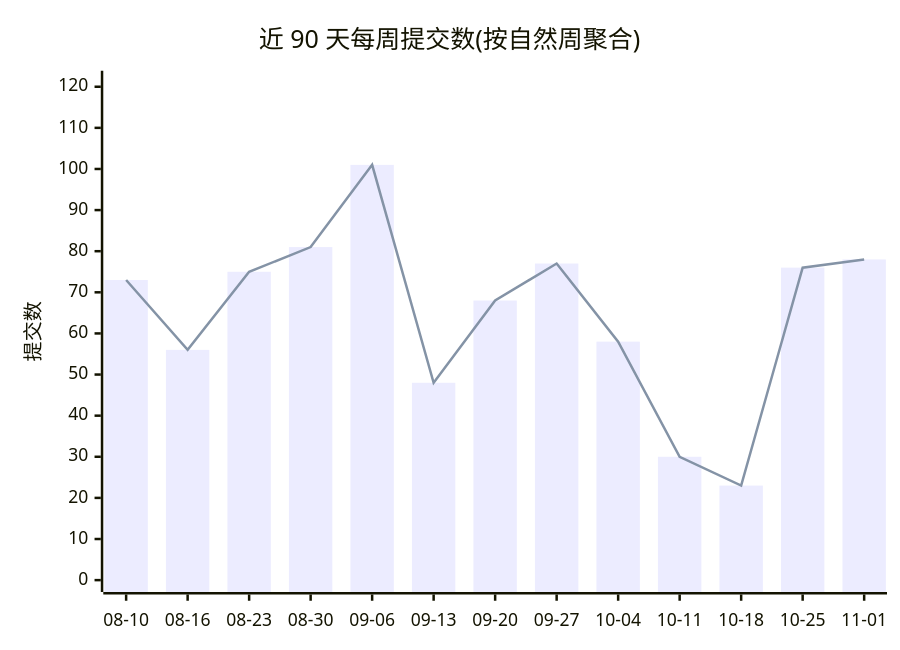
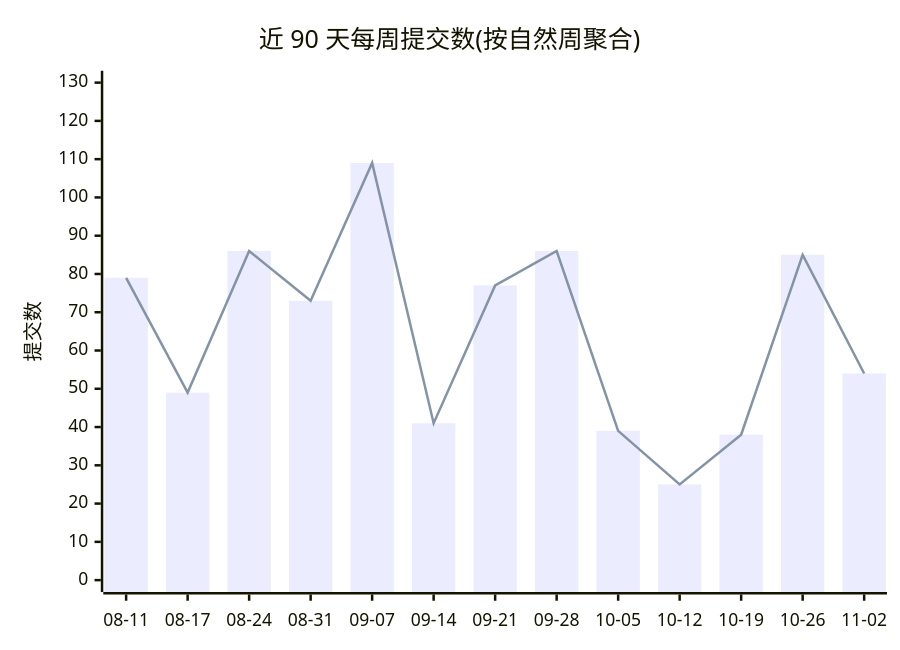
One commit to Conflux-Union/.github changed the first of 2 diagrams in profile/README.md. Above: the diagram before and after it, drawn with Mermaid. The commit also changed other lines of this file and 1 other file, not shown here.

````diff
--- a/profile/README.md
+++ b/profile/README.md
@@ -47,8 +47,8 @@
 ```mermaid
 xychart-beta
     title "近 90 天每周提交数(按自然周聚合)"
-    x-axis ["08-10", "08-16", "08-23", "08-30", "09-06", "09-13", "09-20", "09-27", "10-04", "10-11", "10-18", "10-25", "11-01"]
-    y-axis "提交数" 0 --> 121
-    bar [73, 56, 75, 81, 101, 48, 68, 77, 58, 30, 23, 76, 78]
-    line [73, 56, 75, 81, 101, 48, 68, 77, 58, 30, 23, 76, 78]
+    x-axis ["08-11", "08-17", "08-24", "08-31", "09-07", "09-14", "09-21", "09-28", "10-05", "10-12", "10-19", "10-26", "11-02"]
+    y-axis "提交数" 0 --> 130
+    bar [79, 49, 86, 73, 109, 41, 77, 86, 39, 25, 38, 85, 54]
+    line [79, 49, 86, 73, 109, 41, 77, 86, 39, 25, 38, 85, 54]
 ```
````
